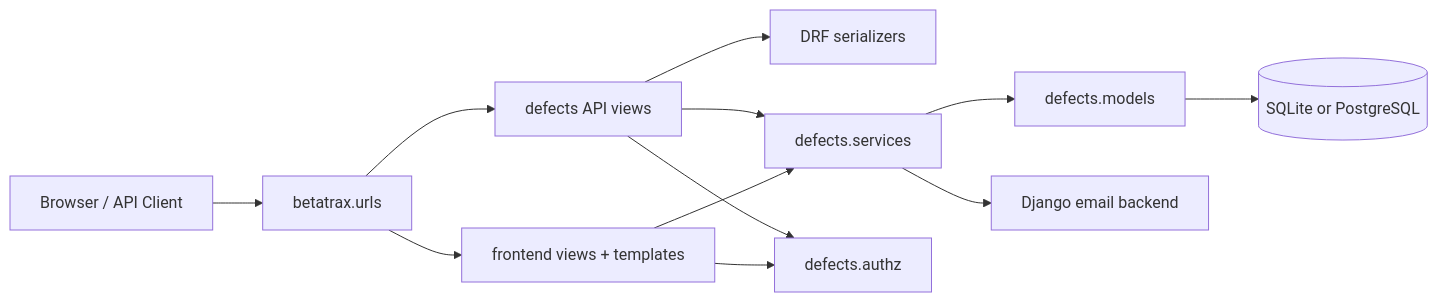
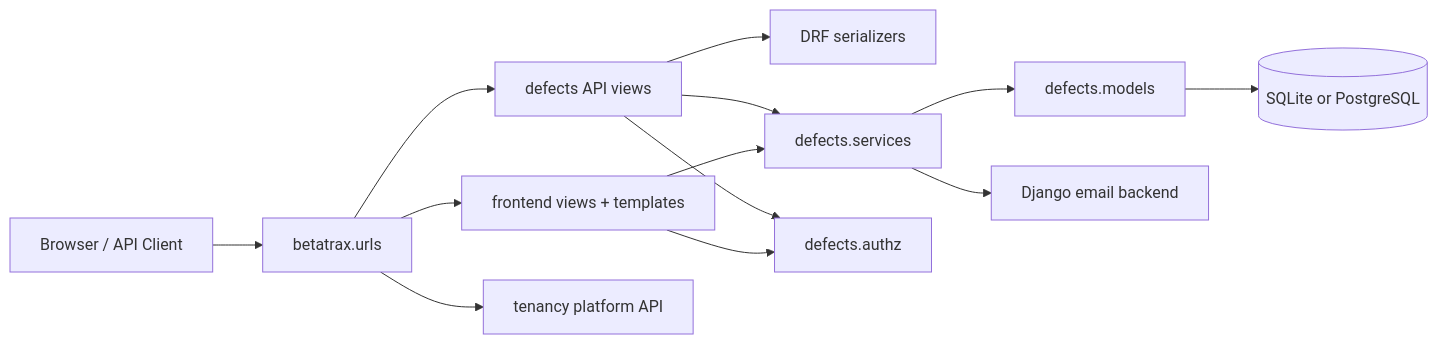
The first of 9 diagrams in documents/system-architecture.md (BYLinMou/COMP3297-GroupH), drawn with Mermaid before and after one commit. The commit also changed other lines of this file and 27 other files, not shown here.

````diff
--- a/documents/system-architecture.md
+++ b/documents/system-architecture.md
@@ -117,25 +132,27 @@
 ```mermaid
 flowchart LR
     Browser[Browser / API Client]
     URLs[betatrax.urls]
     Frontend[frontend views + templates]
     API[defects API views]
+    Tenancy[tenancy platform API]
     Serializers[DRF serializers]
     Services[defects.services]
     Authz[defects.authz]
     Models[defects.models]
     DB[(SQLite or PostgreSQL)]
     Email[Django email backend]
 
     Browser --> URLs
     URLs --> Frontend
     URLs --> API
+    URLs --> Tenancy
     API --> Serializers
     API --> Authz
     Frontend --> Authz
     API --> Services
     Frontend --> Services
     Services --> Models
     Models --> DB
     Services --> Email
 ```
````
